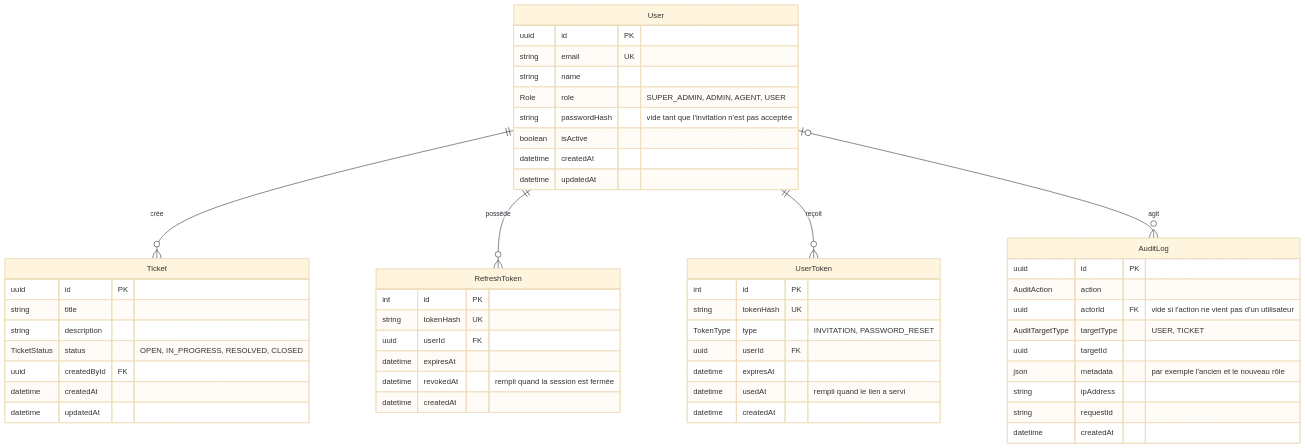
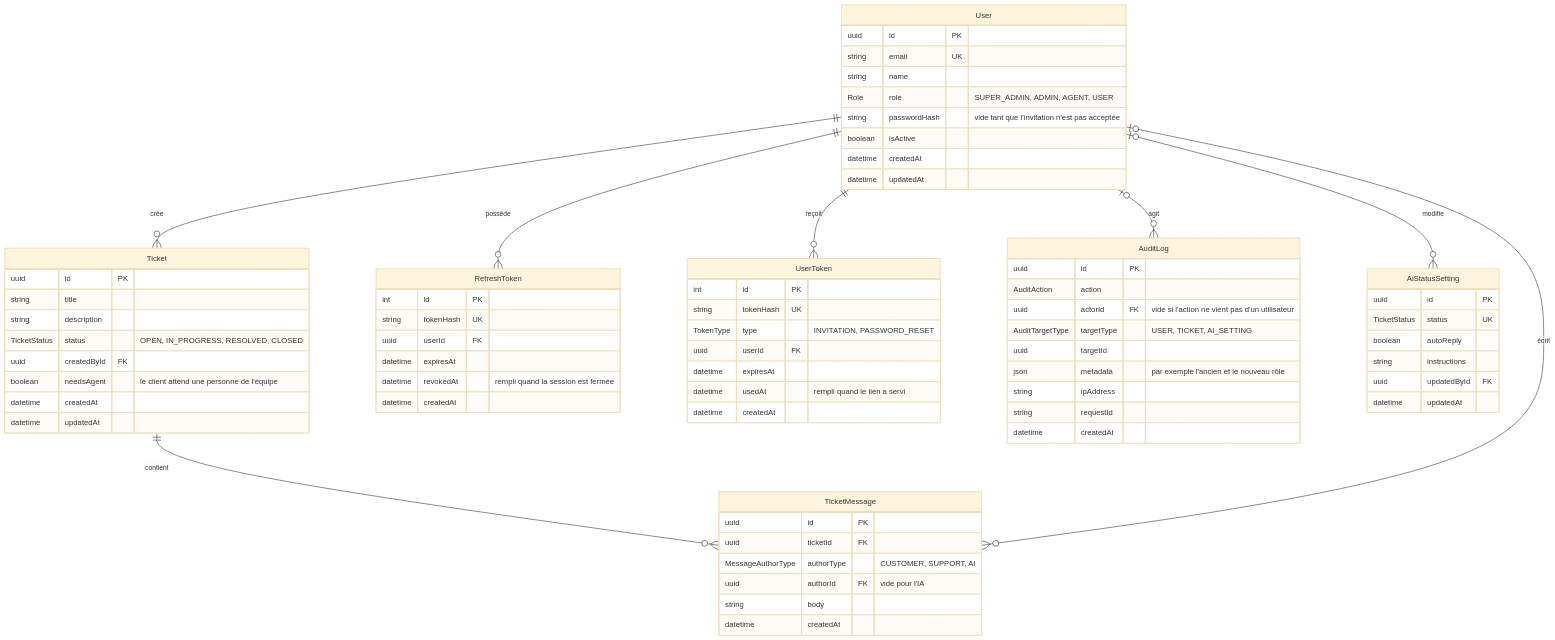
Before and after one commit to abidinetou-lgtm/API-REST-Node: the diagram in README.md, drawn with Mermaid (base theme). The commit also changed other lines of this file and 2 other files, not shown here.

````diff
--- a/README.md
+++ b/README.md
@@ -348,59 +477,81 @@
 ```mermaid
 erDiagram
   User ||--o{ Ticket : "crée"
   User ||--o{ RefreshToken : "possède"
   User ||--o{ UserToken : "reçoit"
   User |o--o{ AuditLog : "agit"
+  Ticket ||--o{ TicketMessage : "contient"
+  User |o--o{ TicketMessage : "écrit"
+  User |o--o{ AiStatusSetting : "modifie"
 
   User {
     uuid id PK
     string email UK
     string name
     Role role "SUPER_ADMIN, ADMIN, AGENT, USER"
     string passwordHash "vide tant que l'invitation n'est pas acceptée"
     boolean isActive
     datetime createdAt
     datetime updatedAt
   }
 
   Ticket {
     uuid id PK
     string title
     string description
     TicketStatus status "OPEN, IN_PROGRESS, RESOLVED, CLOSED"
     uuid createdById FK
+    boolean needsAgent "le client attend une personne de l'équipe"
     datetime createdAt
+    datetime updatedAt
+  }
+
+  TicketMessage {
+    uuid id PK
+    uuid ticketId FK
+    MessageAuthorType authorType "CUSTOMER, SUPPORT, AI"
+    uuid authorId FK "vide pour l'IA"
+    string body
+    datetime createdAt
+  }
+
+  AiStatusSetting {
+    uuid id PK
+    TicketStatus status UK
+    boolean autoReply
+    string instructions
+    uuid updatedById FK
     datetime updatedAt
   }
 
   RefreshToken {
     int id PK
     string tokenHash UK
     uuid userId FK
     datetime expiresAt
     datetime revokedAt "rempli quand la session est fermée"
     datetime createdAt
   }
 
   UserToken {
     int id PK
     string tokenHash UK
     TokenType type "INVITATION, PASSWORD_RESET"
     uuid userId FK
     datetime expiresAt
     datetime usedAt "rempli quand le lien a servi"
     datetime createdAt
   }
 
   AuditLog {
     uuid id PK
     AuditAction action
     uuid actorId FK "vide si l'action ne vient pas d'un utilisateur"
-    AuditTargetType targetType "USER, TICKET"
+    AuditTargetType targetType "USER, TICKET, AI_SETTING"
     uuid targetId
     json metadata "par exemple l'ancien et le nouveau rôle"
     string ipAddress
     string requestId
     datetime createdAt
   }
 ```
````
